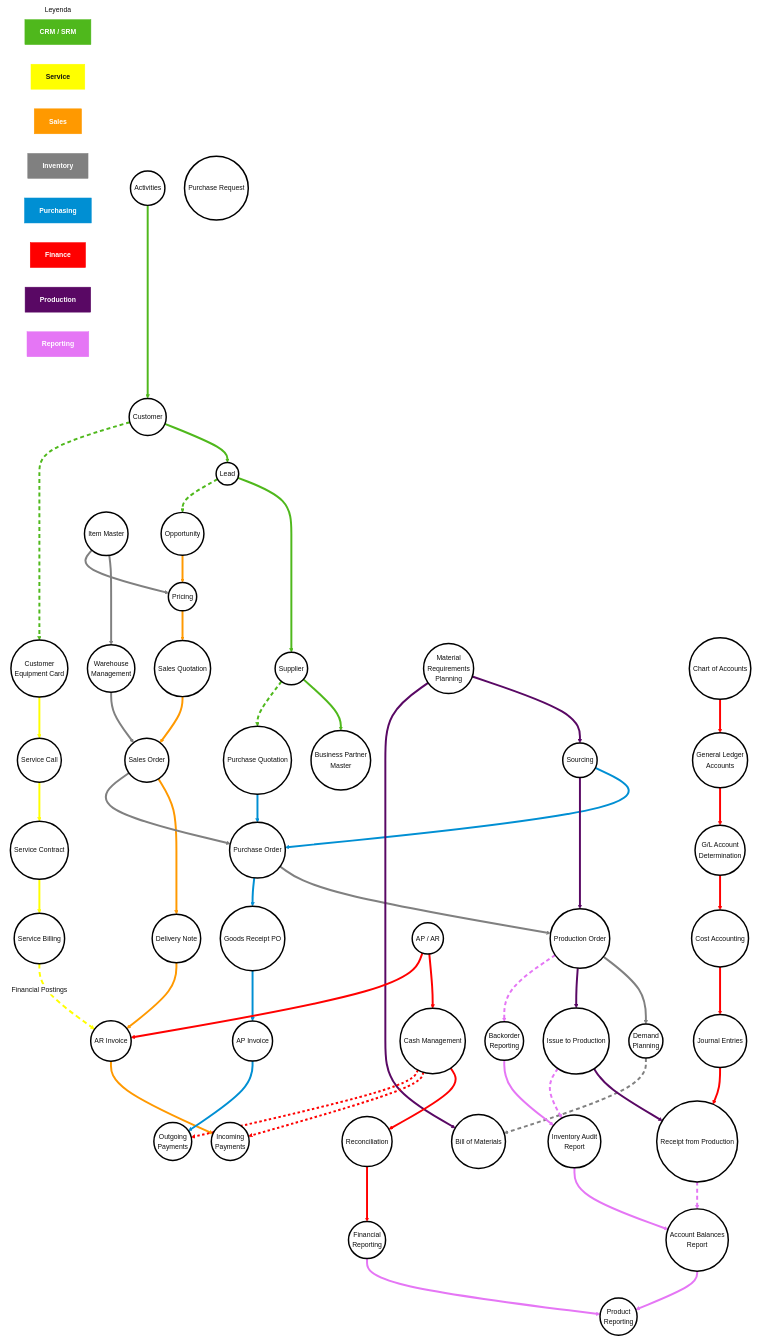
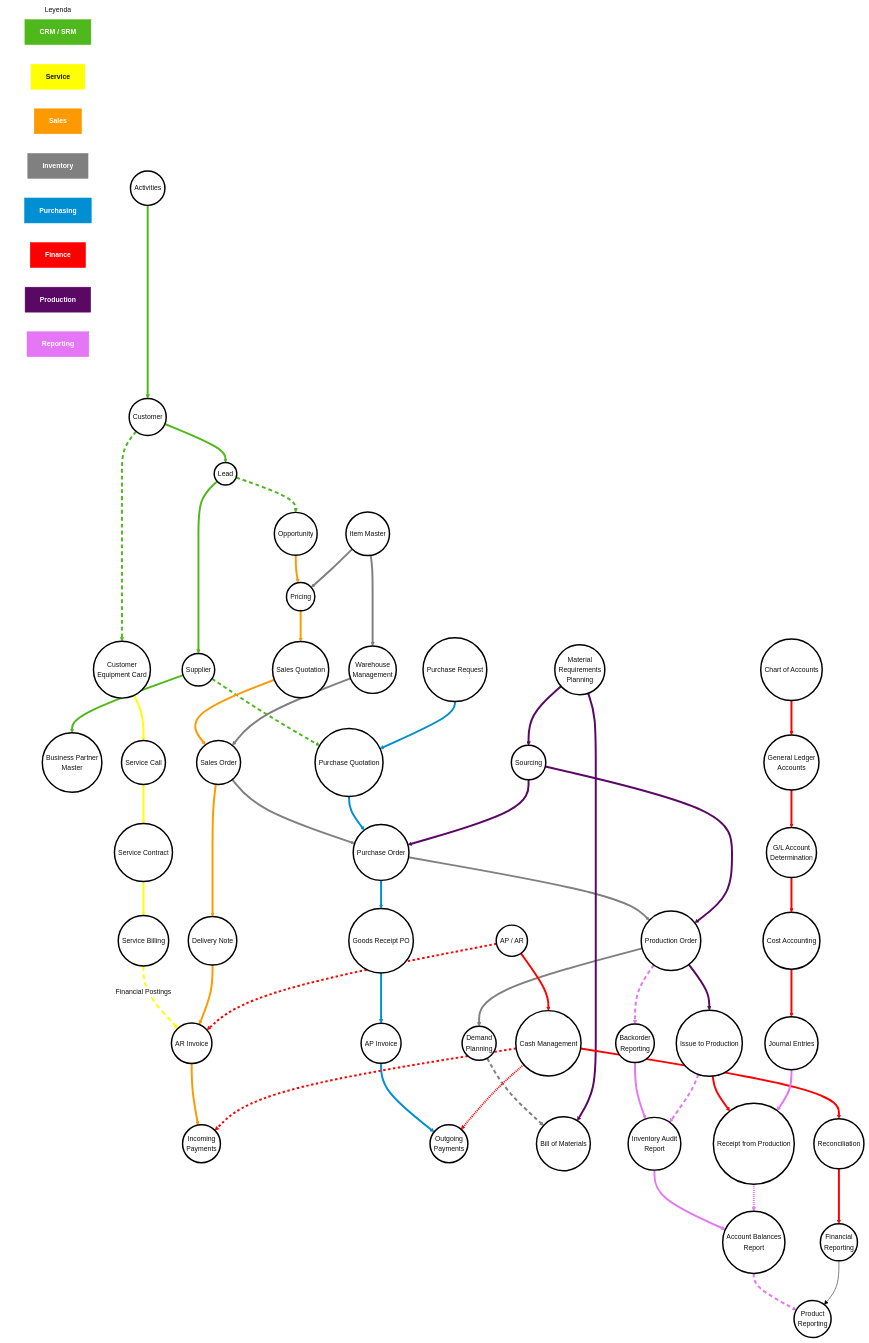
One commit to benjaminolverasanhchez/ERP_182044 changed the diagram in README.md. Above: the diagram before and after it, drawn with Mermaid.

```diff
--- a/README.md
+++ b/README.md
@@ -120,6 +120,7 @@
   %% =========================
   %% PURCHASING — BLUE
   %% =========================
+  PR --> PQ
   PQ --> PO
   PO --> GRPO
   GRPO --> AP
```
